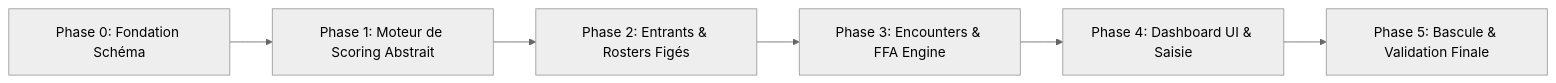
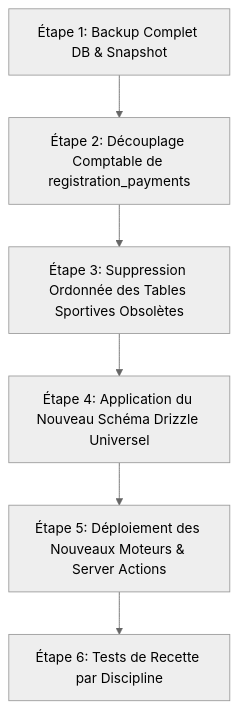
The first of 2 diagrams in docs/audit-competition/07-IMPLEMENTATION-ROADMAP.md (AbdoulRachid-Mz/games-trafic), drawn with Mermaid (neutral theme) before and after one commit. The commit also changed other lines of this file and 5 other files, not shown here.

Commit message:
docs(audit): revise architecture with clean slate strategy, collective fixtures and rule engine

````diff
--- a/docs/audit-competition/07-IMPLEMENTATION-ROADMAP.md
+++ b/docs/audit-competition/07-IMPLEMENTATION-ROADMAP.md
@@ -18,8 +11,8 @@
 ```mermaid
-flowchart LR
-    P0[Phase 0: Fondation Schéma] --> P1[Phase 1: Moteur de Scoring Abstrait]
-    P1 --> P2[Phase 2: Entrants & Rosters Figés]
-    P2 --> P3[Phase 3: Encounters & FFA Engine]
-    P3 --> P4[Phase 4: Dashboard UI & Saisie]
-    P4 --> P5[Phase 5: Bascule & Validation Finale]
+flowchart TD
+    A[Étape 1: Backup Complet DB & Snapshot] --> B[Étape 2: Découplage Comptable de registration_payments]
+    B --> C[Étape 3: Suppression Ordonnée des Tables Sportives Obsolètes]
+    C --> D[Étape 4: Application du Nouveau Schéma Drizzle Universel]
+    D --> E[Étape 5: Déploiement des Nouveaux Moteurs & Server Actions]
+    E --> F[Étape 6: Tests de Recette par Discipline]
 ```
````
